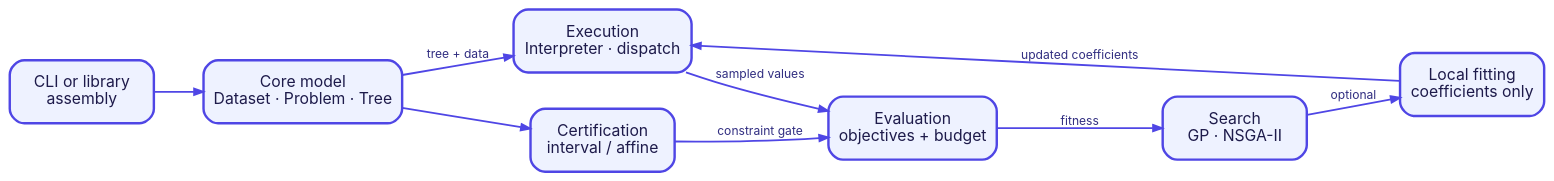
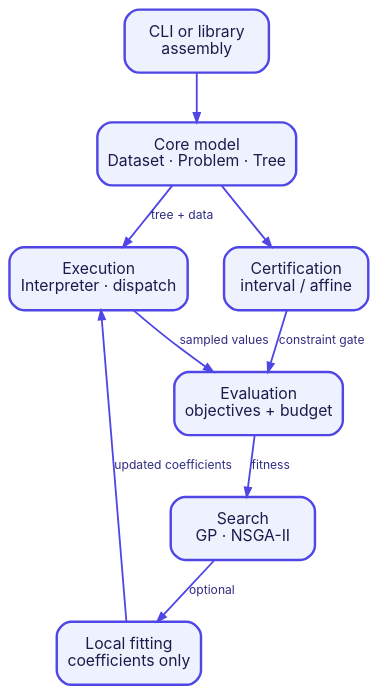
One commit to heal-research/operon changed the diagram in docs/mkdocs/diagrams/system-overview.dot. Above: the diagram before and after it, drawn with Graphviz. The commit also changed 6 other files, not shown here.

Commit message:
Rebalance flow diagram layouts

```diff
--- a/docs/mkdocs/diagrams/system-overview.dot
+++ b/docs/mkdocs/diagrams/system-overview.dot
@@ -1,22 +1,22 @@
 digraph system_overview {
-  graph [rankdir=LR, bgcolor="transparent", nodesep=0.42, ranksep=0.55, pad=0.12];
+  graph [rankdir=TB, bgcolor="transparent", nodesep=0.42, ranksep=0.55, pad=0.12];
   node [shape=box, style="rounded,filled", fillcolor="#EEF2FF", color="#4F46E5", penwidth=2, fontname="Inter", fontsize=13, fontcolor="#1E1B4B", width=1.65, height=0.72];
   edge [color="#4F46E5", penwidth=1.5, arrowsize=0.75, fontname="Inter", fontsize=10, fontcolor="#312E81"];
 
   entry [label="CLI or library\nassembly"];
   core [label="Core model\nDataset · Problem · Tree"];
   execution [label="Execution\nInterpreter · dispatch"];
   evaluation [label="Evaluation\nobjectives + budget"];
   search [label="Search\nGP · NSGA-II"];
   fitting [label="Local fitting\ncoefficients only"];
   bounds [label="Certification\ninterval / affine"];
 
   entry -> core;
   core -> execution [label="tree + data"];
   execution -> evaluation [label="sampled values"];
   evaluation -> search [label="fitness"];
   search -> fitting [label="optional"];
   fitting -> execution [label="updated coefficients"];
   core -> bounds;
   bounds -> evaluation [label="constraint gate"];
 }
```
